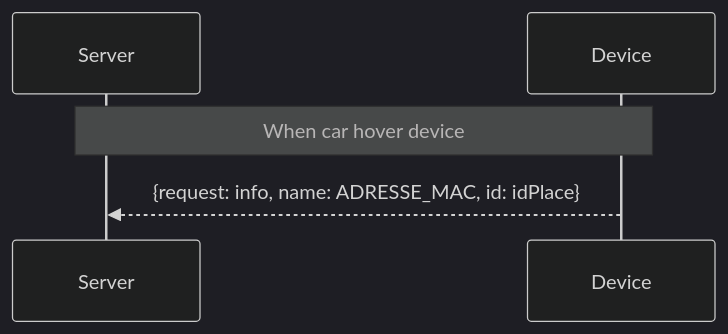
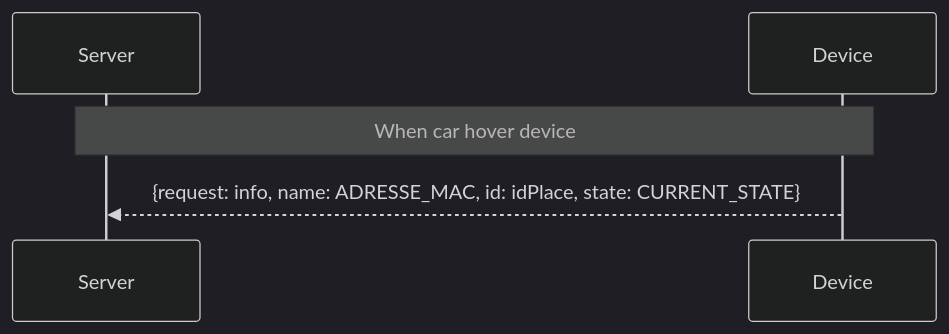
Before and after one commit to katheleligaf/rio203-sensors: the fourth of 6 diagrams in README.md, drawn with Mermaid (dark theme).

````diff
--- a/README.md
+++ b/README.md
@@ -35,5 +35,5 @@
 ```mermaid
 sequenceDiagram
     Note over Server,Device: When car hover device
-    Device -->> Server: {request: info, name: ADRESSE_MAC, id: idPlace}
+    Device -->> Server: {request: info, name: ADRESSE_MAC, id: idPlace, state: CURRENT_STATE}
 ```
````
